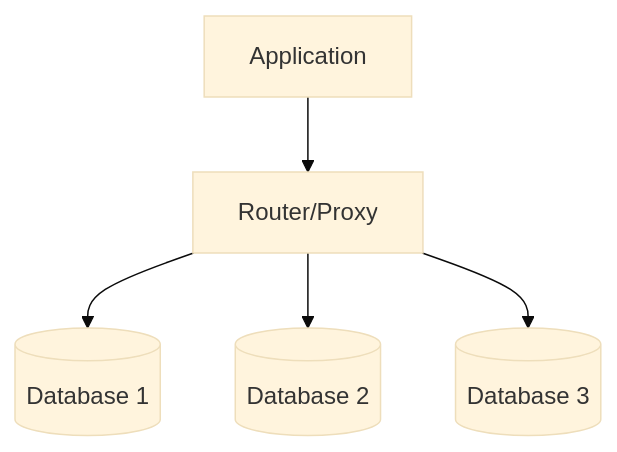
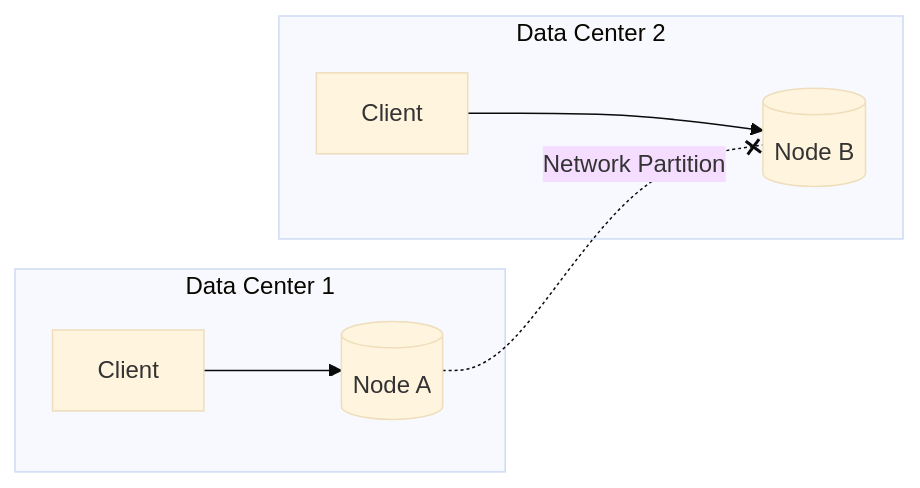
Before and after one commit to spawn08/system-design-interview: the second of 5 diagrams in basics/databases.md, drawn with Mermaid (base theme). The commit also changed other lines of this file and 4 other files, not shown here.

````diff
--- a/basics/databases.md
+++ b/basics/databases.md
@@ -219,7 +493,12 @@
 ```mermaid
-flowchart TB
-    App[Application] --> Router[Router/Proxy]
-    Router --> DB1[(Database 1)]
-    Router --> DB2[(Database 2)]
-    Router --> DB3[(Database 3)]
+flowchart LR
+    subgraph DC1 [Data Center 1]
+        Client1[Client] --> Node1[(Node A)]
+    end
+    
+    subgraph DC2 [Data Center 2]
+        Client2[Client] --> Node2[(Node B)]
+    end
+    
+    Node1 -.-x|Network Partition| Node2
 ```
````
